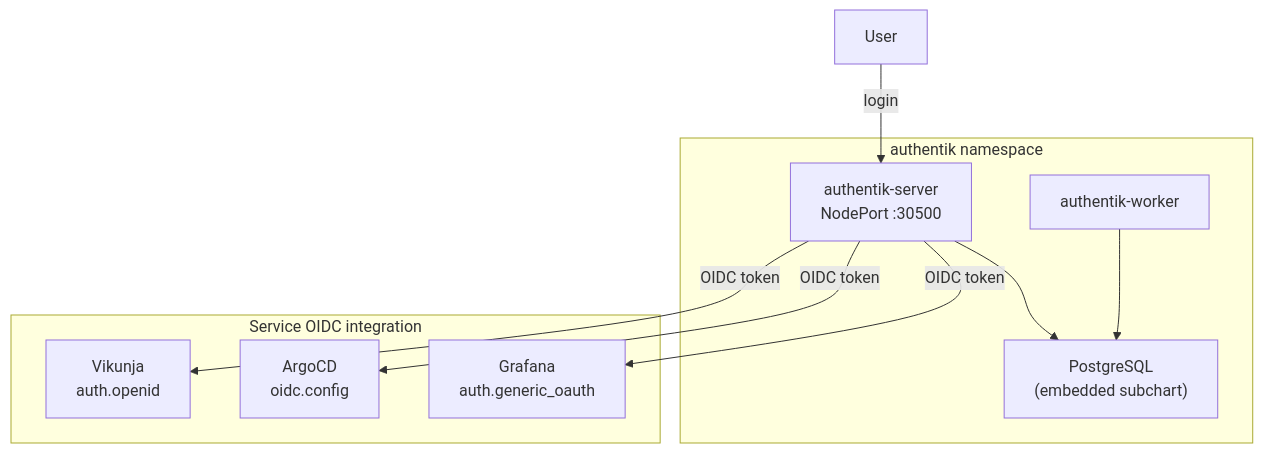
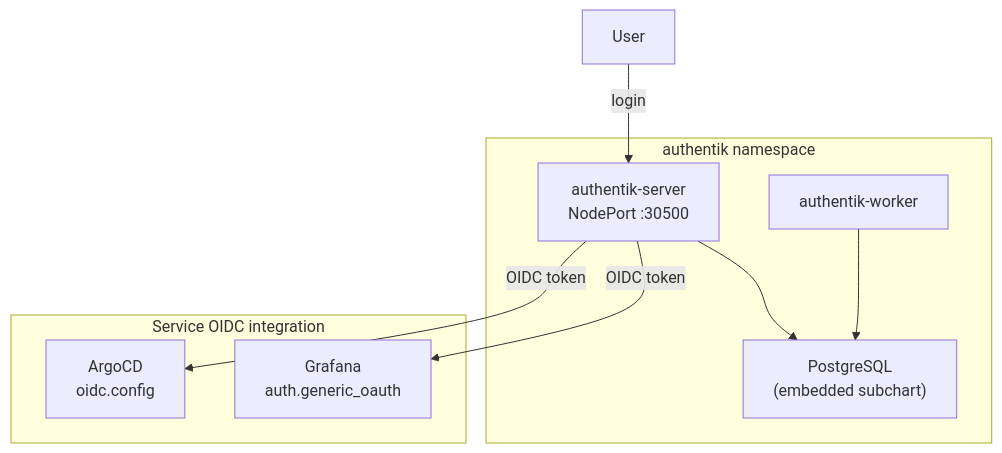
One commit to haingth77/homelab changed the first of 2 diagrams in k8s/apps/authentik/README.md. Above: the diagram before and after it, drawn with Mermaid. The commit also changed other lines of this file and 46 other files, not shown here.

````diff
--- a/k8s/apps/authentik/README.md
+++ b/k8s/apps/authentik/README.md
@@ -14,21 +14,19 @@
 ```mermaid
 flowchart TD
     subgraph authentik["authentik namespace"]
         Server["authentik-server\nNodePort :30500"]
         Worker["authentik-worker"]
         PG["PostgreSQL\n(embedded subchart)"]
         Server --> PG
         Worker --> PG
     end
 
     subgraph services["Service OIDC integration"]
         Grafana["Grafana\nauth.generic_oauth"]
         ArgoCD["ArgoCD\noidc.config"]
-        Vikunja["Vikunja\nauth.openid"]
     end
 
     User["User"] -- "login" --> Server
     Server -- "OIDC token" --> Grafana
     Server -- "OIDC token" --> ArgoCD
-    Server -- "OIDC token" --> Vikunja
 ```
````
